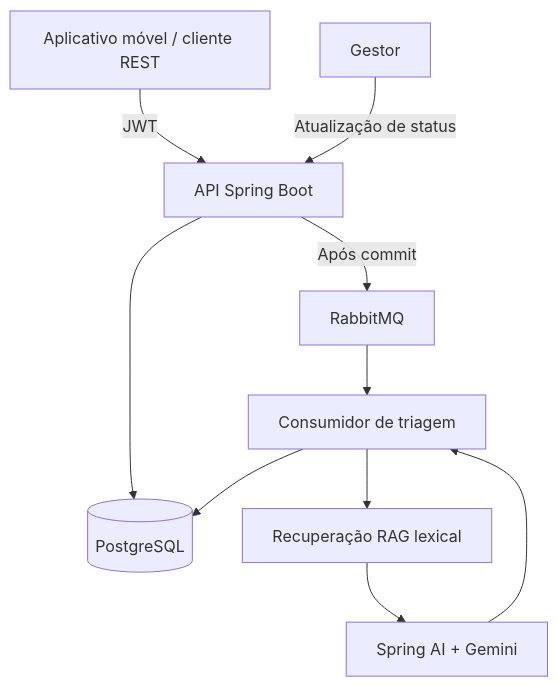
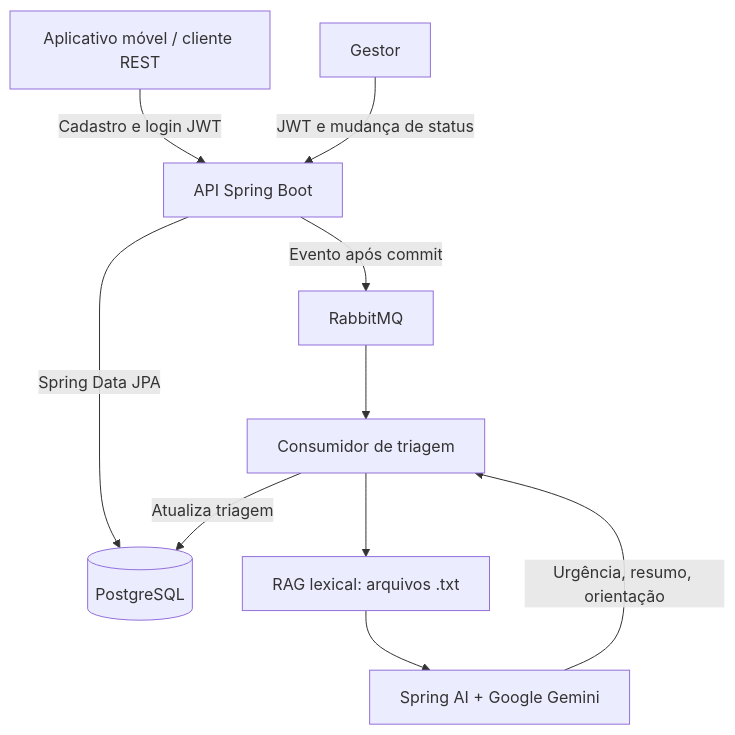
Before and after one commit to gugomesx10/Antes-da-Chuva: the diagram in README.md, drawn with Mermaid. The commit also changed other lines of this file and 2 other files, not shown here.

````diff
--- a/README.md
+++ b/README.md
@@ -13,12 +38,12 @@
 ```mermaid
 flowchart TD
-    A[Aplicativo móvel / cliente REST] -->|JWT| B[API Spring Boot]
-    B --> C[(PostgreSQL)]
-    B -->|Após commit| D[RabbitMQ]
+    A[Aplicativo móvel / cliente REST] -->|Cadastro e login JWT| B[API Spring Boot]
+    B -->|Spring Data JPA| C[(PostgreSQL)]
+    B -->|Evento após commit| D[RabbitMQ]
     D --> E[Consumidor de triagem]
-    E --> F[Recuperação RAG lexical]
-    F --> G[Spring AI + Gemini]
-    G --> E
-    E --> C
-    H[Gestor] -->|Atualização de status| B
+    E --> F[RAG lexical: arquivos .txt]
+    F --> G[Spring AI + Google Gemini]
+    G -->|Urgência, resumo, orientação| E
+    E -->|Atualiza triagem| C
+    H[Gestor] -->|JWT e mudança de status| B
 ```
````
